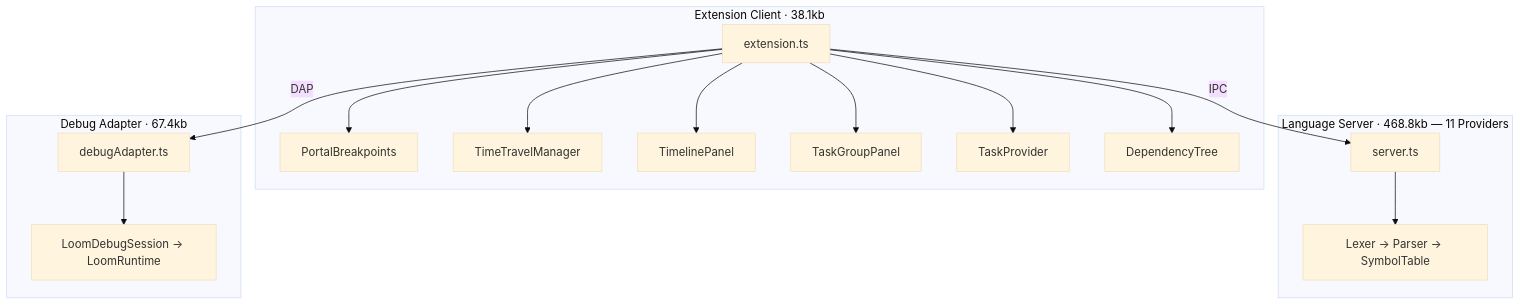
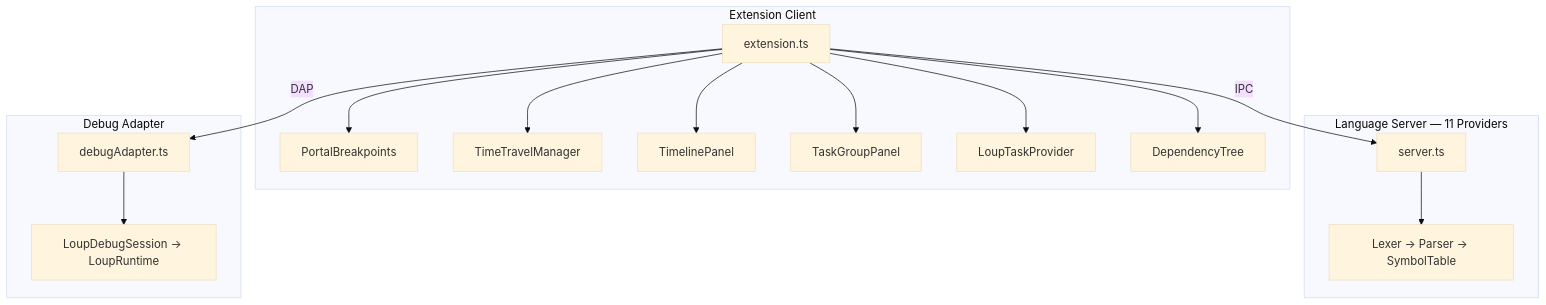
The diagram in specs/walkthrough.md (code-craft-ai-company/loup-vscode-extension), drawn with Mermaid (base theme) before and after one commit. The commit also changed other lines of this file and 61 other files, not shown here.

First line of the commit message:
Rename extension from Loom to Loup v1.20 and support mode-flavored file extensions

````diff
--- a/specs/walkthrough.md
+++ b/specs/walkthrough.md
@@ -5,20 +5,20 @@
 ```mermaid
 graph TB
-    subgraph "Extension Client · 38.1kb"
+    subgraph "Extension Client"
         EXT[extension.ts]
         EXT --> PBP[PortalBreakpoints]
         EXT --> TTM[TimeTravelManager]
         EXT --> TLP[TimelinePanel]
         EXT --> TGP[TaskGroupPanel]
-        EXT --> TP[TaskProvider]
+        EXT --> TP[LoupTaskProvider]
         EXT --> DT[DependencyTree]
     end
-    subgraph "Language Server · 468.8kb — 11 Providers"
+    subgraph "Language Server — 11 Providers"
         SRV[server.ts] --> PARSE[Lexer → Parser → SymbolTable]
     end
-    subgraph "Debug Adapter · 67.4kb"
-        DAP[debugAdapter.ts] --> SES[LoomDebugSession → LoomRuntime]
+    subgraph "Debug Adapter"
+        DAP[debugAdapter.ts] --> SES[LoupDebugSession → LoupRuntime]
     end
     EXT -->|IPC| SRV
     EXT -->|DAP| DAP
 ```
````
